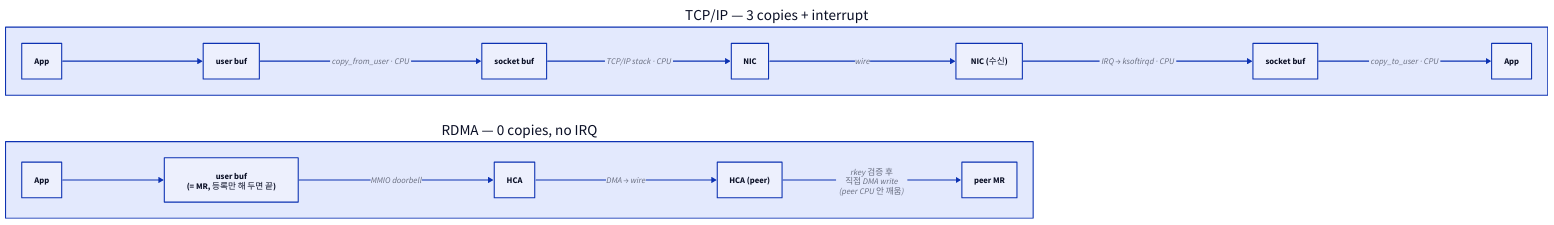
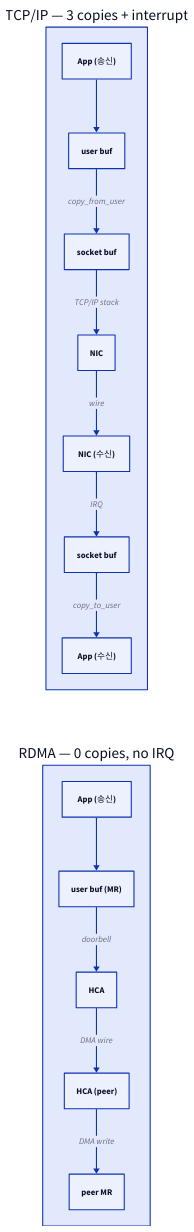
One commit to humbleowl39/DV_SKOOL changed the first of 7 diagrams in topics/rdma/docs/01_rdma_motivation.md. Above: the diagram before and after it, drawn with D2. The commit also changed other lines of this file and 90 other files, not shown here.

First line of the commit message:
docs: 전 토픽 다이어그램 정비 — ASCII→D2, mermaid→D2, 과대 D2 가시성 수정

````diff
--- a/topics/rdma/docs/01_rdma_motivation.md
+++ b/topics/rdma/docs/01_rdma_motivation.md
@@ -89,32 +89,33 @@
 ```d2
-direction: right
+direction: down
 
 TCP: "TCP/IP — 3 copies + interrupt" {
-  direction: down
-  T1: "App"
+  direction: right
+  T1: "App (송신)"
   T2: "user buf"
   T3: "socket buf"
-  T4: "NIC"
+  T4: NIC
   T5: "NIC (수신)"
   T6: "socket buf"
-  T7: "App"
+  T7: "App (수신)"
   T1 -> T2
-  T2 -> T3: "copy_from_user · CPU"
-  T3 -> T4: "TCP/IP stack · CPU"
+  T2 -> T3: "copy_from_user"
+  T3 -> T4: "TCP/IP stack"
   T4 -> T5: "wire"
-  T5 -> T6: "IRQ → ksoftirqd · CPU"
-  T6 -> T7: "copy_to_user · CPU"
+  T5 -> T6: "IRQ"
+  T6 -> T7: "copy_to_user"
 }
 RDMA: "RDMA — 0 copies, no IRQ" {
-  direction: down
-  R1: "App"
-  R2: "user buf\n(= MR, 등록만 해 두면 끝)"
-  R3: "HCA"
+  direction: right
+  R1: "App (송신)"
+  R2: "user buf (MR)"
+  R3: HCA
   R4: "HCA (peer)"
   R5: "peer MR"
   R1 -> R2
-  R2 -> R3: "MMIO doorbell"
-  R3 -> R4: "DMA → wire"
-  R4 -> R5: "rkey 검증 후\n직접 DMA write\n(peer CPU 안 깨움)"
+  R2 -> R3: "doorbell"
+  R3 -> R4: "DMA wire"
+  R4 -> R5: "DMA write"
 }
+TCP -> RDMA: { style.opacity: 0.0 }
 ```
````
